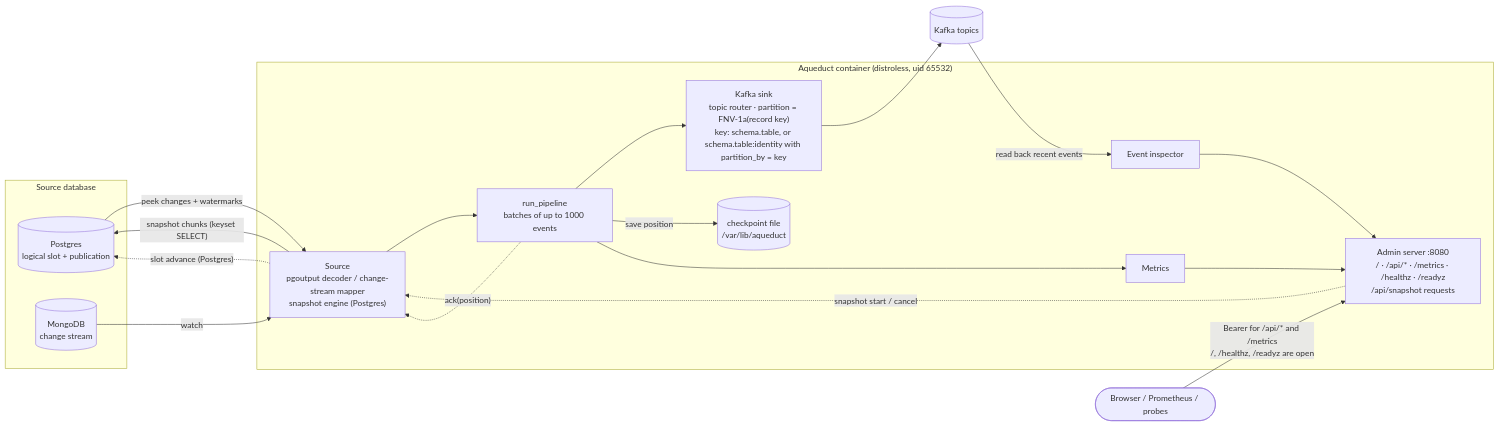
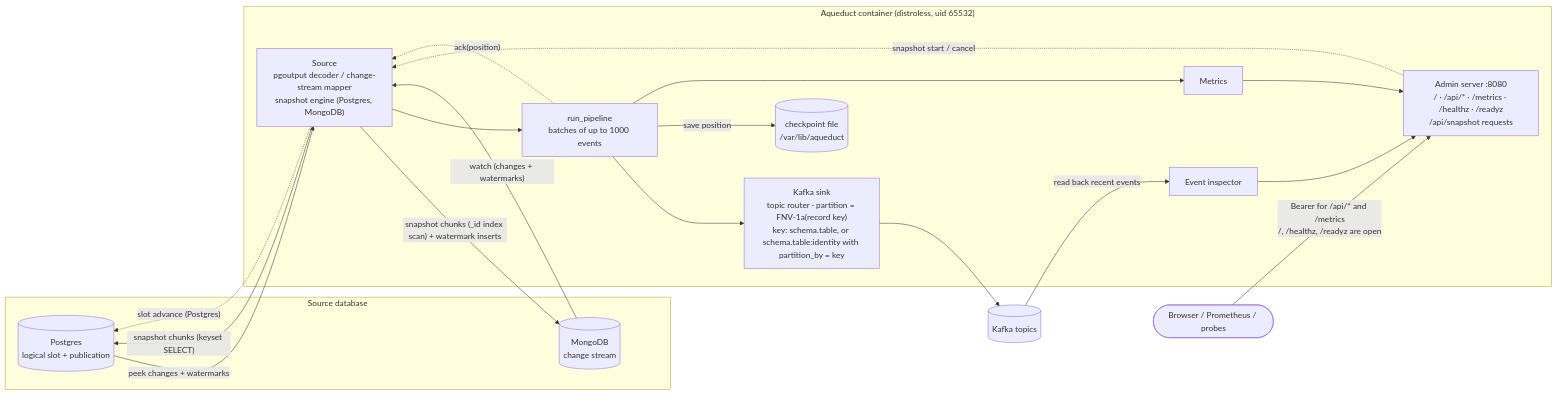
One commit to yarncraft/aqueduct changed the first of 3 diagrams in README.md. Above: the diagram before and after it, drawn with Mermaid. The commit also changed other lines of this file and 10 other files, not shown here.

````diff
--- a/README.md
+++ b/README.md
@@ -18,32 +18,33 @@
 ```mermaid
 flowchart LR
     subgraph db["Source database"]
         PG[("Postgres<br/>logical slot + publication")]
         MG[("MongoDB<br/>change stream")]
     end
 
     subgraph aq["Aqueduct container (distroless, uid 65532)"]
-        SRC["Source<br/>pgoutput decoder / change-stream mapper<br/>snapshot engine (Postgres)"]
+        SRC["Source<br/>pgoutput decoder / change-stream mapper<br/>snapshot engine (Postgres, MongoDB)"]
         PIPE["run_pipeline<br/>batches of up to 1000 events"]
         SINK["Kafka sink<br/>topic router · partition = FNV-1a(record key)<br/>key: schema.table, or schema.table:identity with partition_by = key"]
         CK[("checkpoint file<br/>/var/lib/aqueduct")]
         MET["Metrics"]
         ADM["Admin server :8080<br/>/ · /api/* · /metrics · /healthz · /readyz<br/>/api/snapshot requests"]
         INS["Event inspector"]
     end
 
     K[("Kafka topics")]
     U(["Browser / Prometheus / probes"])
 
     PG -- "peek changes + watermarks" --> SRC
     SRC -- "snapshot chunks (keyset SELECT)" --> PG
-    MG -- "watch" --> SRC
+    MG -- "watch (changes + watermarks)" --> SRC
+    SRC -- "snapshot chunks (_id index scan) + watermark inserts" --> MG
     SRC --> PIPE --> SINK --> K
     PIPE -- "save position" --> CK
     PIPE -. "ack(position)" .-> SRC
     SRC -. "slot advance (Postgres)" .-> PG
     PIPE --> MET --> ADM
     ADM -. "snapshot start / cancel" .-> SRC
     K -- "read back recent events" --> INS --> ADM
     U -- "Bearer for /api/* and /metrics<br/>/, /healthz, /readyz are open" --> ADM
 ```
````
